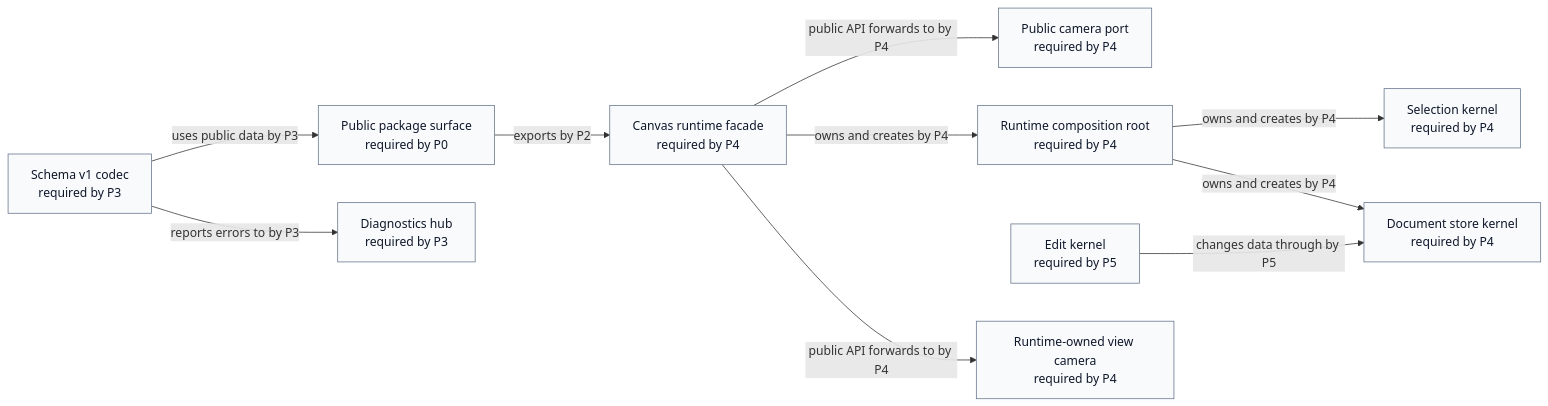
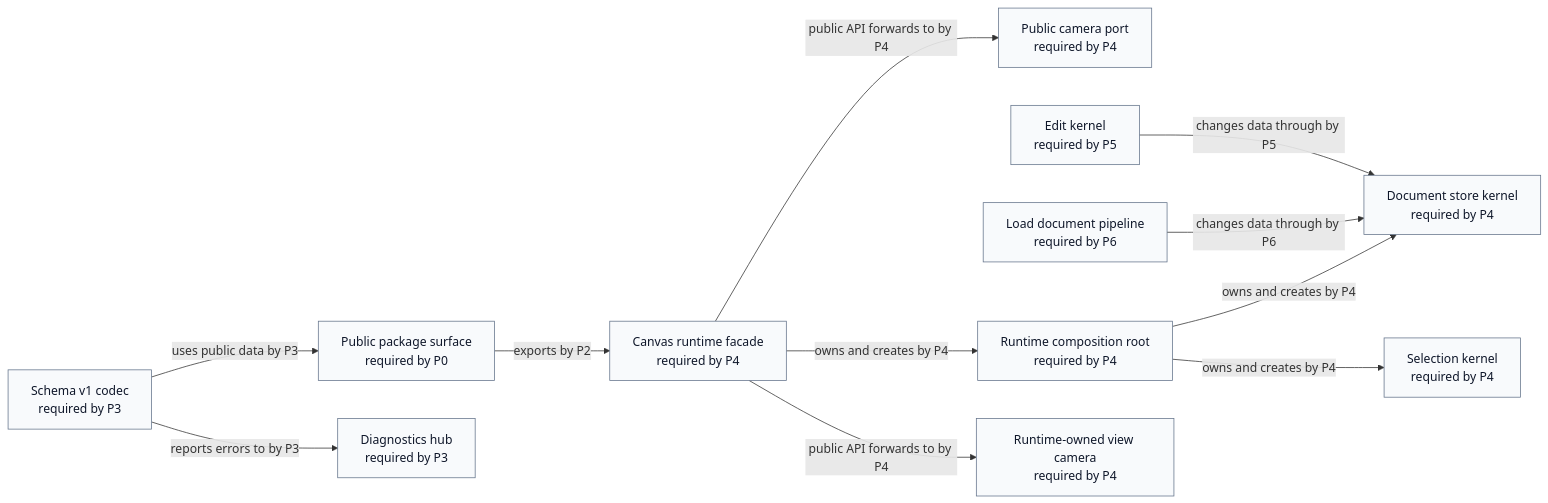
Before and after one commit to GreatPika/iwb_canvas_engine: the diagram in docs/diagrams/generated/actual_vs_expected_diff.mmd, drawn with Mermaid. The commit also changed 9 other files, not shown here.

First line of the commit message:
docs: select p6 generated architecture views

```diff
--- a/docs/diagrams/generated/actual_vs_expected_diff.mmd
+++ b/docs/diagrams/generated/actual_vs_expected_diff.mmd
@@ -1,26 +1,28 @@
 %% GENERATED FILE. Do not edit by hand.
 %% Source: docs/architecture/architecture_graph.yaml
 %% View: Actual vs expected selected phase diff
-%% Selected phase: P5
+%% Selected phase: P6
 flowchart LR
   api_camera_port["Public camera port<br/>required by P4"]:::ok
   api_canvas_runtime["Canvas runtime facade<br/>required by P4"]:::ok
   api_public_surface["Public package surface<br/>required by P0"]:::ok
   codec_schema_v1["Schema v1 codec<br/>required by P3"]:::ok
   diagnostics_hub["Diagnostics hub<br/>required by P3"]:::ok
   edit_kernel["Edit kernel<br/>required by P5"]:::ok
+  load_document_pipeline["Load document pipeline<br/>required by P6"]:::ok
   runtime_root["Runtime composition root<br/>required by P4"]:::ok
   runtime_view_camera["Runtime-owned view camera<br/>required by P4"]:::ok
   selection_kernel["Selection kernel<br/>required by P4"]:::ok
   store_document_kernel["Document store kernel<br/>required by P4"]:::ok
   api_canvas_runtime -->|public API forwards to by P4| runtime_view_camera
   api_canvas_runtime -->|owns and creates by P4| runtime_root
   api_canvas_runtime -->|public API forwards to by P4| api_camera_port
   api_public_surface -->|exports by P2| api_canvas_runtime
   codec_schema_v1 -->|reports errors to by P3| diagnostics_hub
   codec_schema_v1 -->|uses public data by P3| api_public_surface
   edit_kernel -->|changes data through by P5| store_document_kernel
+  load_document_pipeline -->|changes data through by P6| store_document_kernel
   runtime_root -->|owns and creates by P4| selection_kernel
   runtime_root -->|owns and creates by P4| store_document_kernel
   classDef ok fill:#f8fafc,stroke:#64748b,color:#0f172a
   classDef violation fill:#fee2e2,stroke:#dc2626,color:#7f1d1d
```
